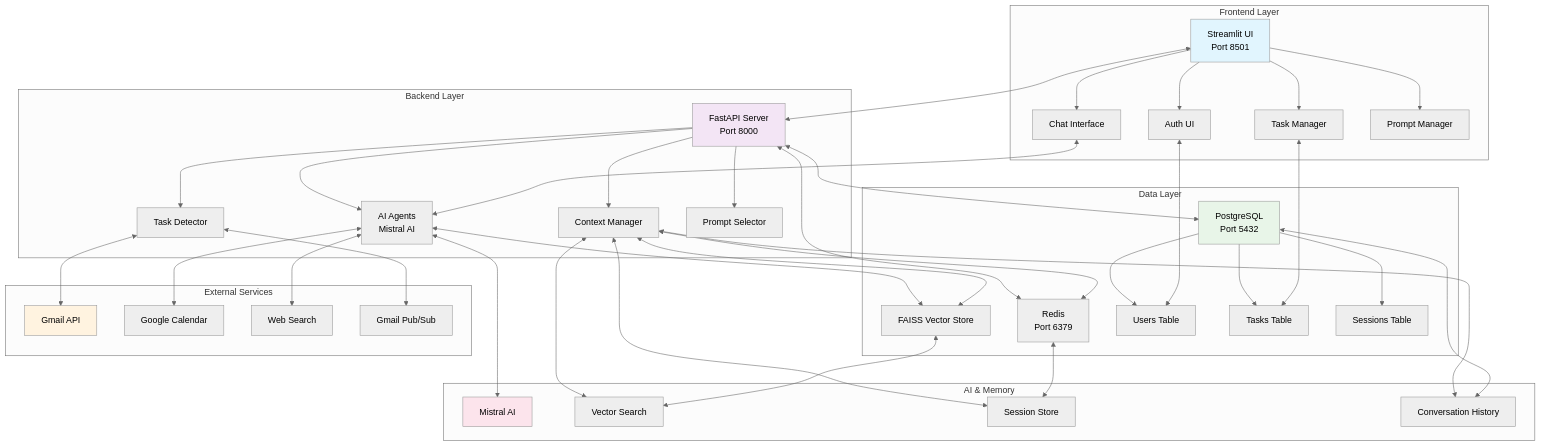
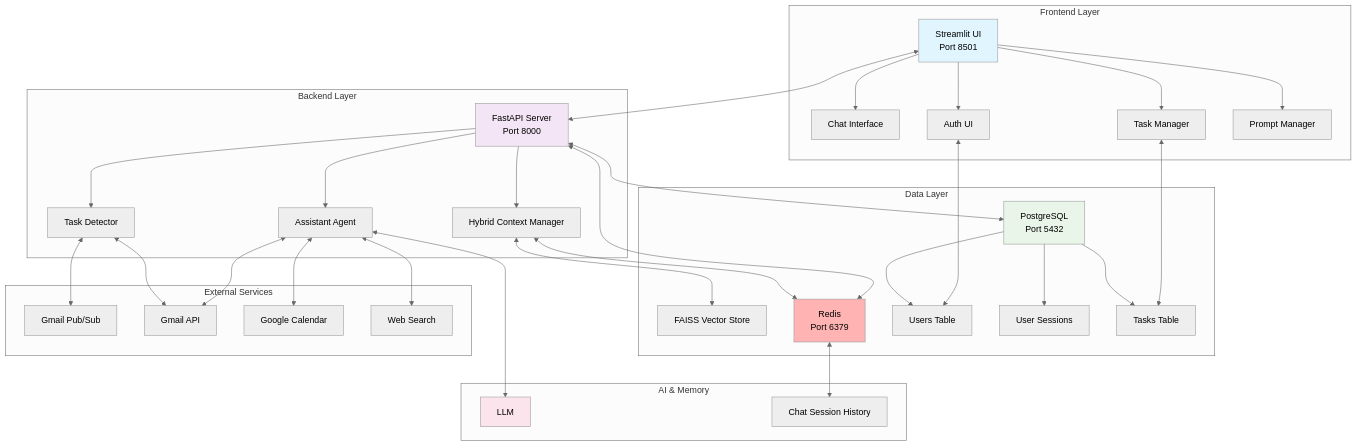
The first of 7 diagrams in README.md (ThibautHurson/AssistantToTheRegionalManager), drawn with Mermaid (neutral theme) before and after one commit.

Commit message:
Clean diagram

````diff
--- a/README.md
+++ b/README.md
@@ -41,77 +41,67 @@
     
     subgraph "Backend Layer"
         B[FastAPI Server<br/>Port 8000]
-        C[AI Agents<br/>Mistral AI]
+        C[Assistant Agent]
         D[Task Detector]
-        E[Context Manager]
-        F[Prompt Selector]
+        E[Hybrid Context Manager]
         
         B --> C
         B --> D
         B --> E
-        B --> F
     end
     
     subgraph "Data Layer"
         G[PostgreSQL<br/>Port 5432]
+        I[FAISS Vector Store]
         H[Redis<br/>Port 6379]
-        I[FAISS Vector Store]
-        
+
         G1[Users Table]
+        G3[User Sessions]
         G2[Tasks Table]
-        G3[Sessions Table]
         G --> G1
         G --> G2
         G --> G3
     end
     
     subgraph "External Services"
+        M[Gmail Pub/Sub]
         J[Gmail API]
         K[Google Calendar]
         L[Web Search]
-        M[Gmail Pub/Sub]
     end
     
     subgraph "AI & Memory"
-        N[Mistral AI]
-        O[Vector Search]
-        P[Session Store]
-        Q[Conversation History]
+        N[LLM]
+        P[Chat Session History]
     end
     
     %% Frontend to Backend
     A <--> B
-    A1 <--> C
+    A3 <--> G1
     A2 <--> G2
-    A3 <--> G1
     
     %% Backend to Data
     B <--> G
+    E <--> H
     B <--> H
-    C <--> I
-    E <--> H
     E <--> I
     
     %% External Integrations
     D <--> J
     D <--> M
+    C <--> J
     C <--> K
     C <--> L
     
     %% AI & Memory Connections
     C <--> N
-    E <--> O
-    E <--> P
-    E <--> Q
     
     %% Data Flow
     H <--> P
-    I <--> O
-    G <--> Q
     
     style A fill:#e1f5fe
     style B fill:#f3e5f5
     style G fill:#e8f5e8
-    style J fill:#fff3e0
     style N fill:#fce4ec
+    style H fill:#ffb3b3
 ```
````
